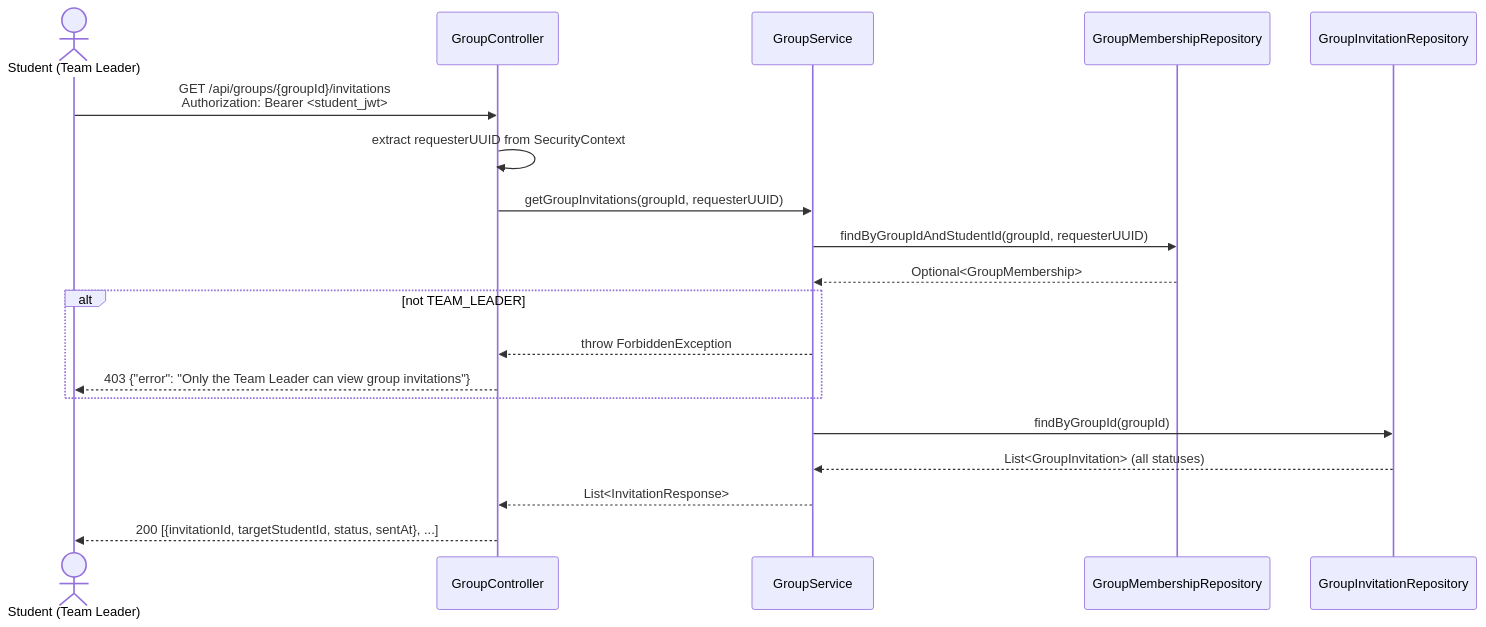
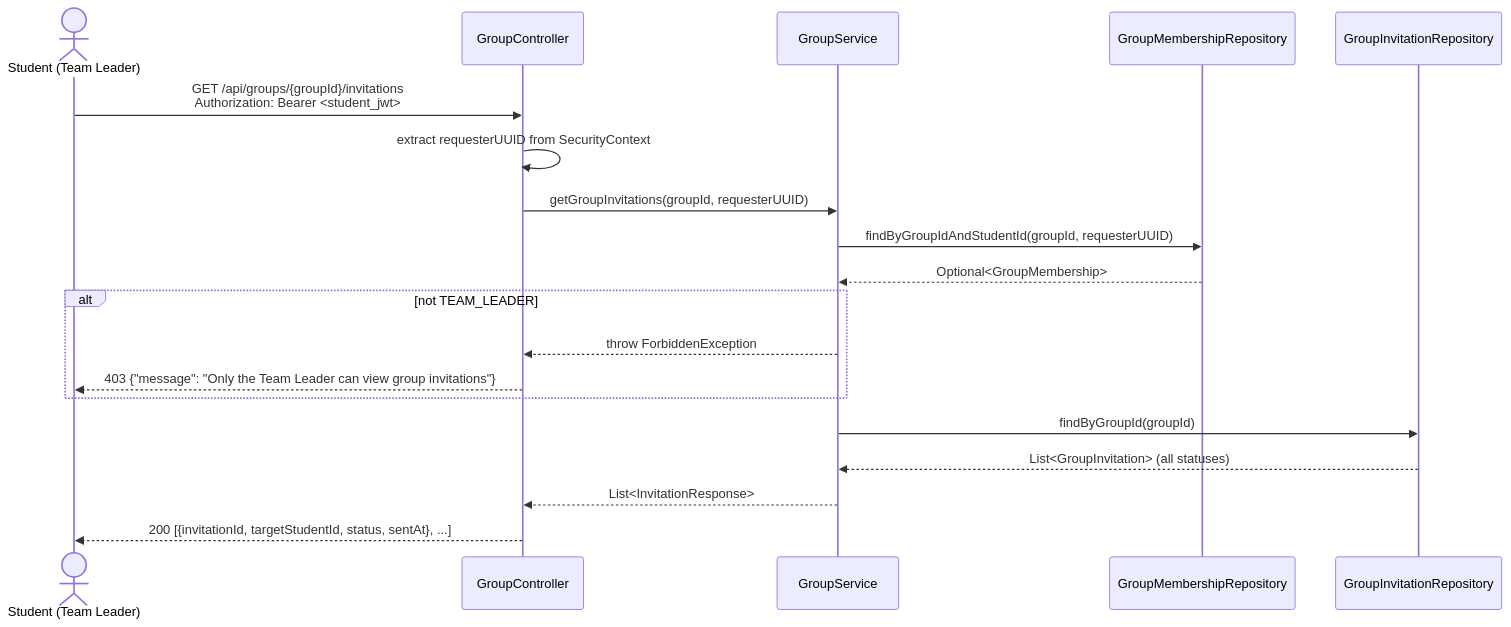
The third of 4 diagrams in docs/process2/sequences/2.2_invitation_send_p2.md (SE3318-Spring-2025-2026/senior-app-6), drawn with Mermaid before and after one commit. The commit also changed other lines of this file and 27 other files, not shown here.

````diff
--- a/docs/process2/sequences/2.2_invitation_send_p2.md
+++ b/docs/process2/sequences/2.2_invitation_send_p2.md
@@ -120,27 +120,27 @@
 ```mermaid
 sequenceDiagram
     actor Student as Student (Team Leader)
     participant GroupController
     participant GroupService
     participant GroupMembershipRepository
     participant GroupInvitationRepository
 
     Student->>GroupController: GET /api/groups/{groupId}/invitations<br/>Authorization: Bearer <student_jwt>
 
     GroupController->>GroupController: extract requesterUUID from SecurityContext
     GroupController->>GroupService: getGroupInvitations(groupId, requesterUUID)
 
     GroupService->>GroupMembershipRepository: findByGroupIdAndStudentId(groupId, requesterUUID)
     GroupMembershipRepository-->>GroupService: Optional<GroupMembership>
 
     alt not TEAM_LEADER
         GroupService-->>GroupController: throw ForbiddenException
-        GroupController-->>Student: 403 {"error": "Only the Team Leader can view group invitations"}
+        GroupController-->>Student: 403 {"message": "Only the Team Leader can view group invitations"}
     end
 
     GroupService->>GroupInvitationRepository: findByGroupId(groupId)
     GroupInvitationRepository-->>GroupService: List<GroupInvitation> (all statuses)
 
     GroupService-->>GroupController: List<InvitationResponse>
     GroupController-->>Student: 200 [{invitationId, targetStudentId, status, sentAt}, ...]
 ```
````
